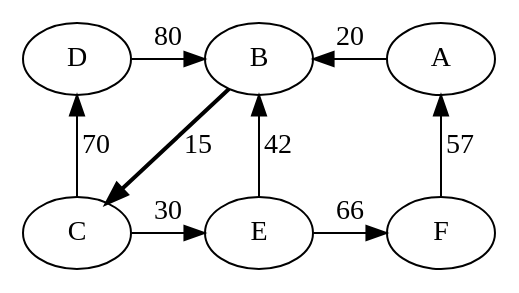
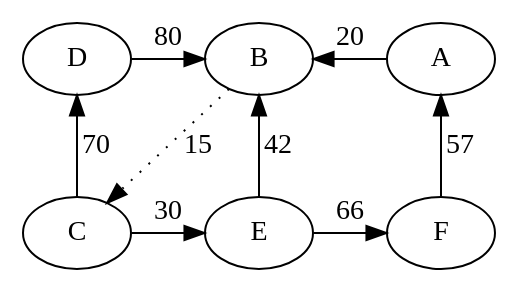
The diagram in rapport/multiCycle.dot (C4ptainCrunch/info-f-203), drawn with Graphviz before and after one commit. The commit also changed 1 other file, not shown here.

Commit message:
graph graph

```diff
--- a/rapport/multiCycle.dot
+++ b/rapport/multiCycle.dot
@@ -1,13 +1,12 @@
 digraph multiCycle {
     A -> B [label="20" constraint=false]
-    B -> C [label="15" style=bold]
-    // bold or dotted pour le style
+    B -> C [label="15" style=dotted]
     C -> D [label="70"]
     D -> B [label="80"]
     C -> E [label="30"]
     E -> B [label="42"]
     E -> F [label="66"]
     F -> A [label="57"]
     { rank=same; D B A }
     { rank=same; C E F }
 }
```
